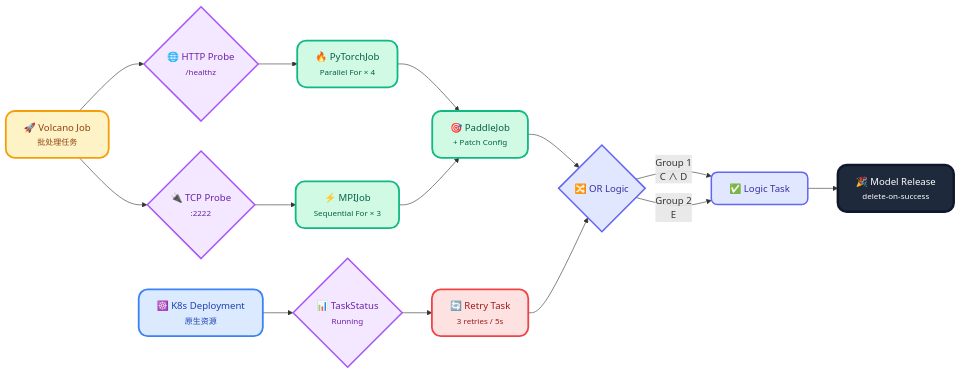
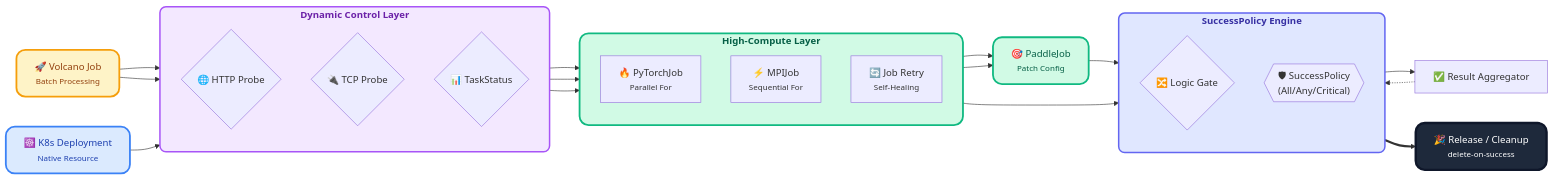
One commit to zhaizhch/workflow changed the diagram in docs/promotion.md. Above: the diagram before and after it, drawn with Mermaid. The commit also changed other lines of this file and 19 other files, not shown here.

````diff
--- a/docs/promotion.md
+++ b/docs/promotion.md
@@ -48,46 +52,68 @@
 ```mermaid
 graph LR
-    %% ========== ① 输入层 ==========
-    A["🚀 Volcano Job<br/><small>批处理任务</small>"]
-    B["☸️ K8s Deployment<br/><small>原生资源</small>"]
+    %% ========== ① 输入层 (Input) ==========
+    A["🚀 Volcano Job<br/><small>Batch Processing</small>"]
+    B["☸️ K8s Deployment<br/><small>Native Resource</small>"]
 
-    %% ========== ② 探测层 ==========
-    A --> P1{"🌐 HTTP Probe<br/><small>/healthz</small>"}
-    A --> P2{"🔌 TCP Probe<br/><small>:2222</small>"}
-    B --> P3{"📊 TaskStatus<br/><small>Running</small>"}
+    %% ========== ② 探测与流控 (Control) ==========
+    subgraph Control ["<b>Dynamic Control Layer</b>"]
+        direction TB
+        P1{"🌐 HTTP Probe"}
+        P2{"🔌 TCP Probe"}
+        P3{"📊 TaskStatus"}
+    end
 
-    %% ========== ③ 处理层 ==========
-    P1 --> C["🔥 PyTorchJob<br/><small>Parallel For × 4</small>"]
-    P2 --> D["⚡ MPIJob<br/><small>Sequential For × 3</small>"]
-    P3 --> E["🔄 Retry Task<br/><small>3 retries / 5s</small>"]
+    A --> P1
+    A --> P2
+    B --> P3
 
-    %% ========== ④ 模板层 ==========
-    C --> F["🎯 PaddleJob<br/><small>+ Patch Config</small>"]
+    %% ========== ③ 计算与训练 (Compute) ==========
+    subgraph Compute ["<b>High-Compute Layer</b>"]
+        direction TB
+        C["🔥 PyTorchJob<br/><small>Parallel For</small>"]
+        D["⚡ MPIJob<br/><small>Sequential For</small>"]
+        E["🔄 Job Retry<br/><small>Self-Healing</small>"]
+    end
+
+    P1 --> C
+    P2 --> D
+    P3 --> E
+
+    %% ========== ④ 模板驱动 (Template) ==========
+    C --> F["🎯 PaddleJob<br/><small>Patch Config</small>"]
     D --> F
 
-    %% ========== ⑤ 逻辑层 ==========
-    F --> G{"🔀 OR Logic"}
+    %% ========== ⑤ 策略判定 (SuccessPolicy) ==========
+    subgraph Policy ["<b>SuccessPolicy Engine</b>"]
+        direction TB
+        G{"🔀 Logic Gate"}
+        SP{{"🛡 SuccessPolicy<br/>(All/Any/Critical)"}}
+    end
+
+    F --> G
     E --> G
-    G -->|"Group 1<br/>C ∧ D"| H["✅ Logic Task"]
-    G -->|"Group 2<br/>E"| H
+    G --> H["✅ Result Aggregator"]
+    H -.-> SP
 
-    %% ========== ⑥ 输出层 ==========
-    H --> K["🎉 Model Release<br/><small>delete-on-success</small>"]
+    %% ========== ⑥ 终态与清理 (Finalize) ==========
+    SP ==> K["🎉 Release / Cleanup<br/><small>delete-on-success</small>"]
 
     %% ==================== 样式定义 ====================
+    classDef Control fill:#f3e8ff,stroke:#a855f7,stroke-width:2.5px,color:#6b21a8,rx:10,ry:10;
+    classDef Compute fill:#d1fae5,stroke:#10b981,stroke-width:3px,color:#065f46,rx:15,ry:15;
+    classDef Policy fill:#e0e7ff,stroke:#6366f1,stroke-width:2.5px,color:#3730a3,rx:10,ry:10;
+    
+    class Control Control;
+    class Compute Compute;
+    class Policy Policy;
+    
     classDef volcano fill:#fef3c7,stroke:#f59e0b,stroke-width:3px,color:#92400e,rx:15,ry:15;
     classDef k8s fill:#dbeafe,stroke:#3b82f6,stroke-width:3px,color:#1e40af,rx:15,ry:15;
-    classDef probe fill:#f3e8ff,stroke:#a855f7,stroke-width:2.5px,color:#6b21a8,rx:10,ry:10;
     classDef kubeflow fill:#d1fae5,stroke:#10b981,stroke-width:3px,color:#065f46,rx:15,ry:15;
-    classDef retry fill:#fee2e2,stroke:#ef4444,stroke-width:3px,color:#991b1b,rx:15,ry:15;
-    classDef logic fill:#e0e7ff,stroke:#6366f1,stroke-width:2.5px,color:#3730a3,rx:10,ry:10;
     classDef final fill:#1e293b,stroke:#0f172a,stroke-width:4px,color:#ffffff,rx:15,ry:15;
 
     class A volcano;
     class B k8s;
-    class P1,P2,P3 probe;
-    class C,D,F kubeflow;
-    class E retry;
-    class G,H logic;
+    class F kubeflow;
     class K final;
 ```
````
